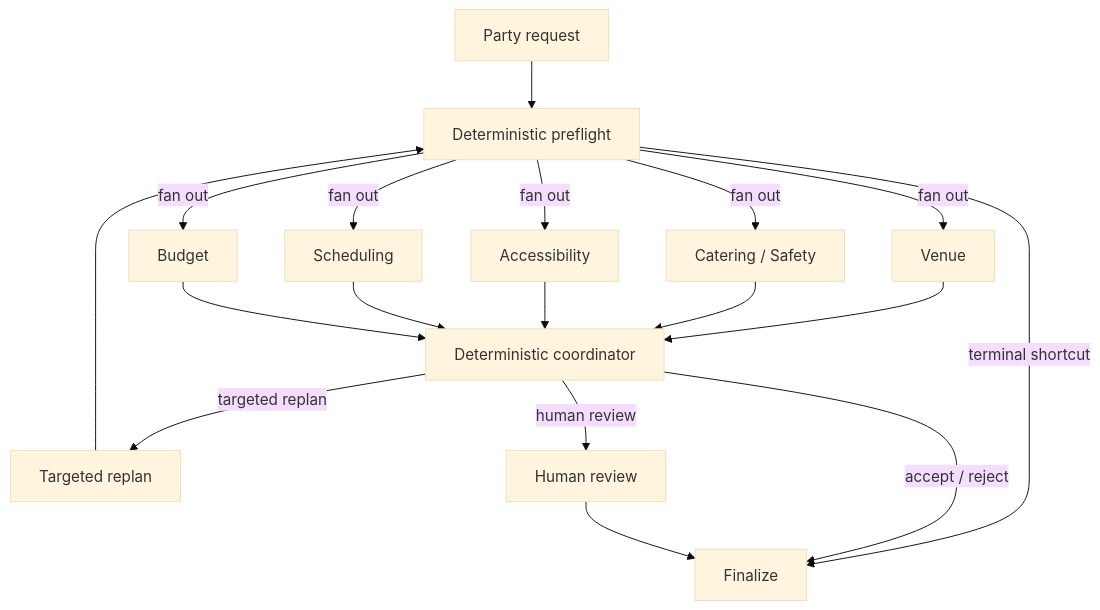
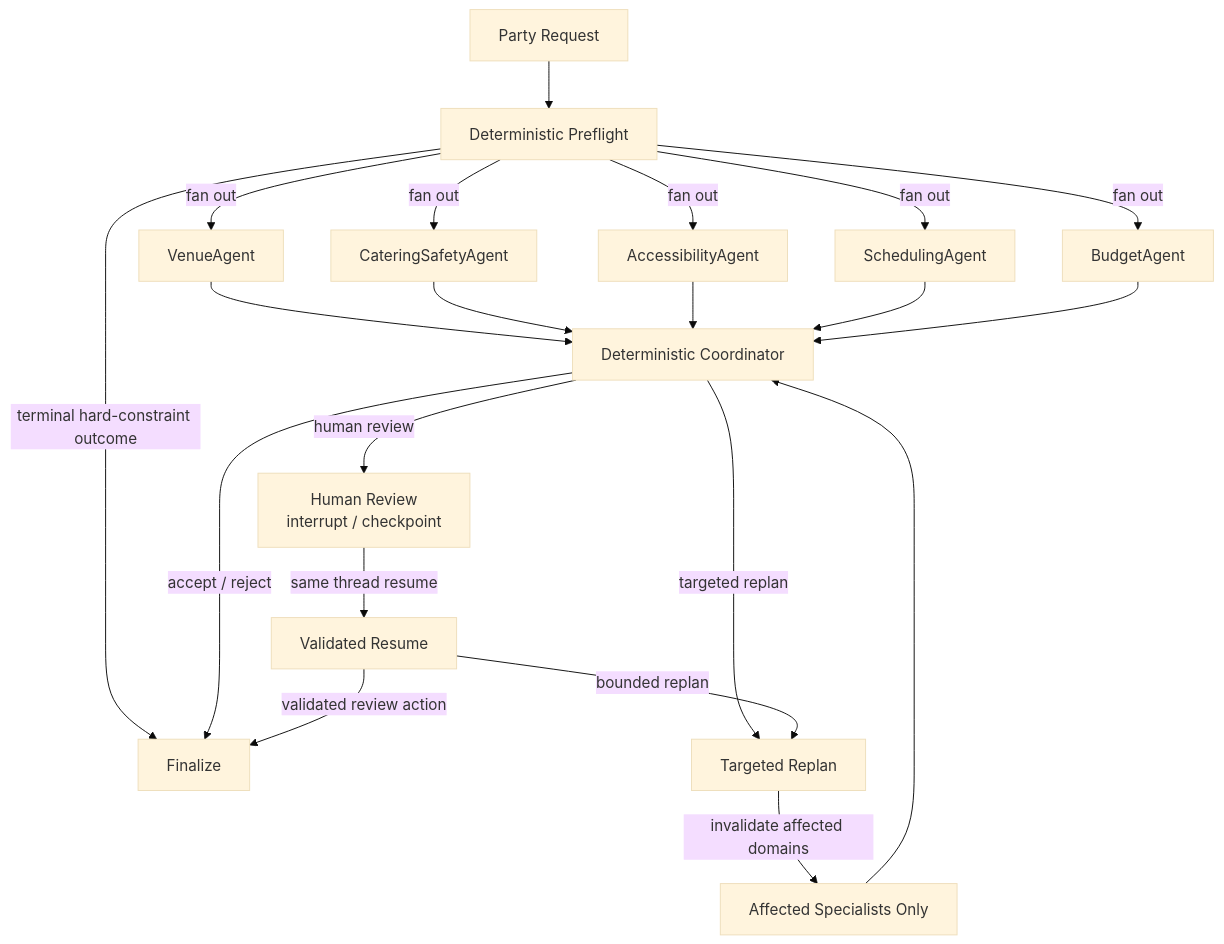
The first of 2 diagrams in README.md (bagheri365/partypilot), drawn with Mermaid (base theme) before and after one commit. The commit also changed other lines of this file, not shown here.

Commit message:
Add PartyPilot architecture and research visuals

````diff
--- a/README.md
+++ b/README.md
@@ -70,20 +58,23 @@
 ```mermaid
 flowchart TD
-    Request[Party request] --> Preflight[Deterministic preflight]
-    Preflight -->|terminal shortcut| Finalize[Finalize]
-    Preflight -->|fan out| Venue[Venue]
-    Preflight -->|fan out| Catering[Catering / Safety]
-    Preflight -->|fan out| Accessibility[Accessibility]
-    Preflight -->|fan out| Scheduling[Scheduling]
-    Preflight -->|fan out| Budget[Budget]
-    Venue --> Coordinator[Deterministic coordinator]
+    Request[Party Request] --> Preflight[Deterministic Preflight]
+    Preflight -->|terminal hard-constraint outcome| Finalize[Finalize]
+    Preflight -->|fan out| Venue[VenueAgent]
+    Preflight -->|fan out| Catering[CateringSafetyAgent]
+    Preflight -->|fan out| Accessibility[AccessibilityAgent]
+    Preflight -->|fan out| Scheduling[SchedulingAgent]
+    Preflight -->|fan out| Budget[BudgetAgent]
+    Venue --> Coordinator[Deterministic Coordinator]
     Catering --> Coordinator
     Accessibility --> Coordinator
     Scheduling --> Coordinator
     Budget --> Coordinator
     Coordinator -->|accept / reject| Finalize
-    Coordinator -->|targeted replan| Replan[Targeted replan]
-    Coordinator -->|human review| Human[Human review]
-    Replan --> Preflight
-    Human --> Finalize
+    Coordinator -->|targeted replan| Replan[Targeted Replan]
+    Replan -->|invalidate affected domains| Affected[Affected Specialists Only]
+    Affected --> Coordinator
+    Coordinator -->|human review| Review[Human Review\ninterrupt / checkpoint]
+    Review -->|same thread resume| Resume[Validated Resume]
+    Resume -->|validated review action| Finalize
+    Resume -->|bounded replan| Replan
 ```
````
